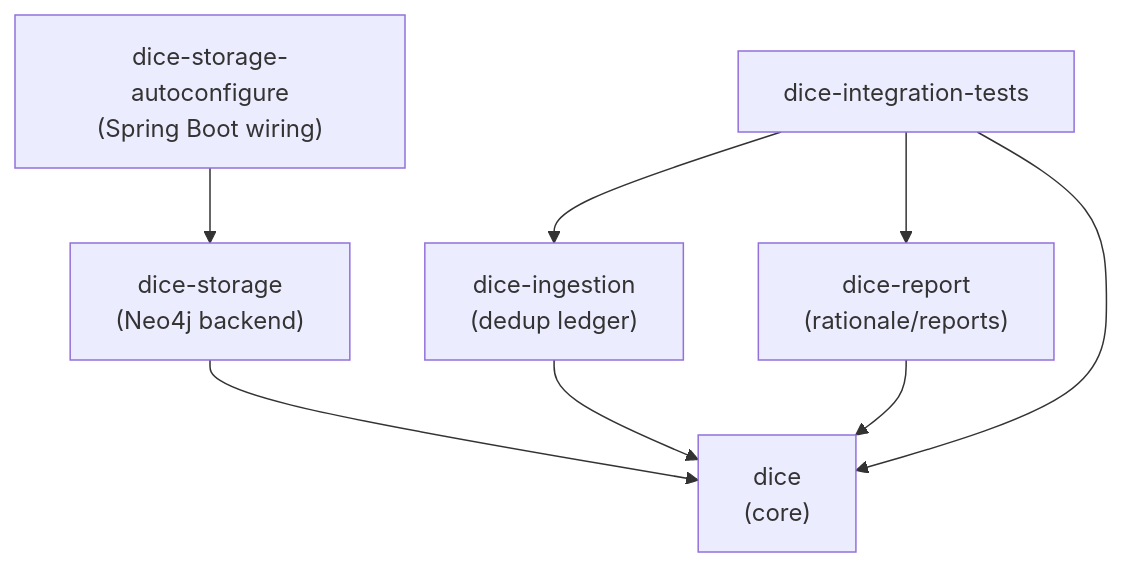
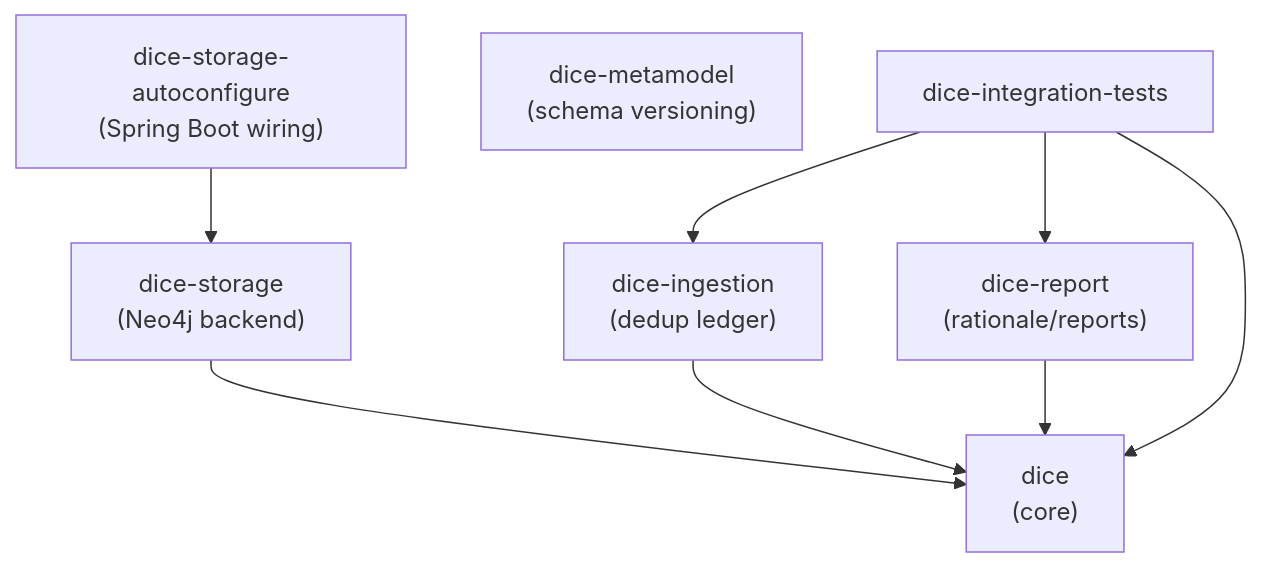
Before and after one commit to embabel/dice: the first of 6 diagrams in docs/design/architecture.md, drawn with Mermaid. The commit also changed other lines of this file and 14 other files, not shown here.

First line of the commit message:
feat(metamodel): schema versioning core with per-type governance

````diff
--- a/docs/design/architecture.md
+++ b/docs/design/architecture.md
@@ -21,17 +22,18 @@
 ```mermaid
 flowchart TB
     dice["dice<br/>(core)"]
     storage["dice-storage<br/>(Neo4j backend)"]
     autoconf["dice-storage-autoconfigure<br/>(Spring Boot wiring)"]
     ingestion["dice-ingestion<br/>(dedup ledger)"]
     report["dice-report<br/>(rationale/reports)"]
+    metamodel["dice-metamodel<br/>(schema versioning)"]
     itest["dice-integration-tests"]
 
     storage --> dice
     autoconf --> storage
     ingestion --> dice
     report --> dice
     itest --> dice
     itest --> ingestion
     itest --> report
 ```
````
